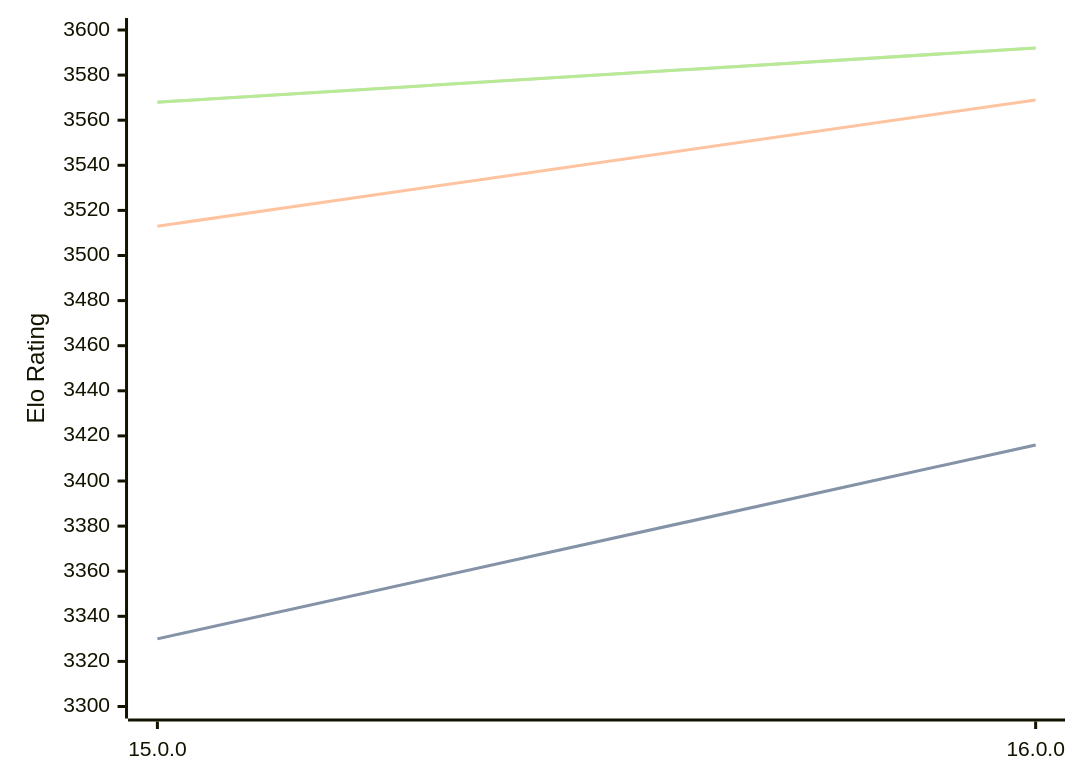
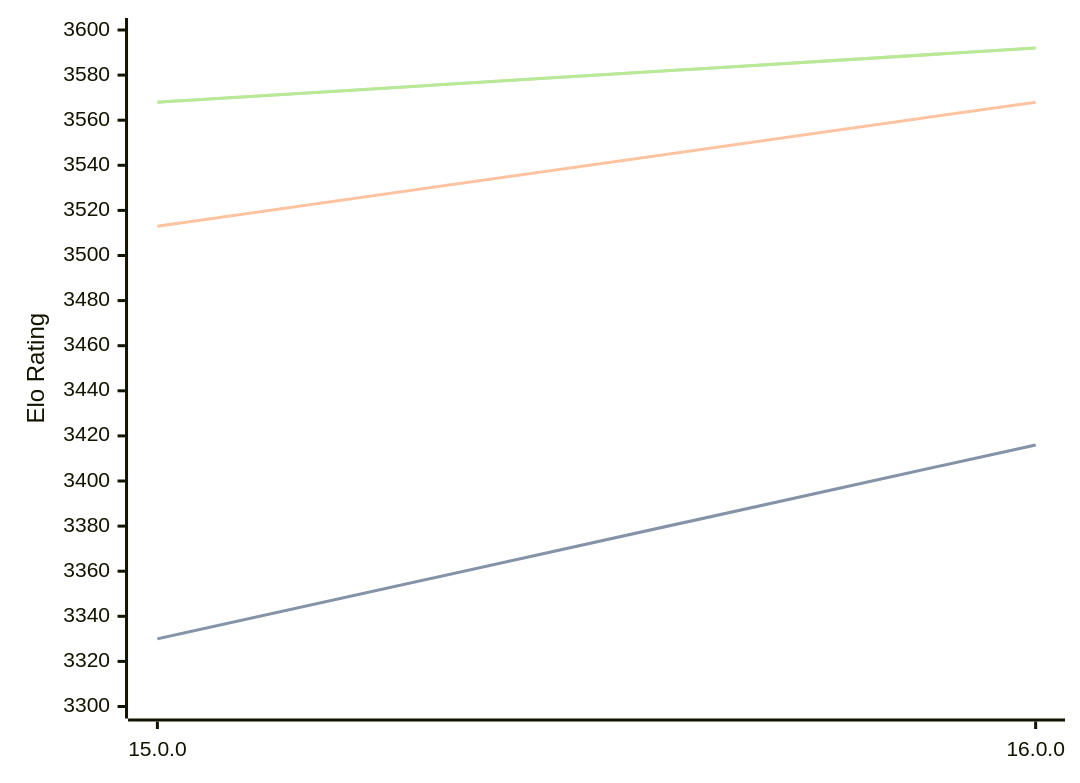
Before and after one commit to computer-chess-index/cci: the diagram in engines/Halogen.md, drawn with Mermaid. The commit also changed other lines of this file, not shown here.

````diff
--- a/engines/Halogen.md
+++ b/engines/Halogen.md
@@ -48,11 +48,11 @@
 ```mermaid
 %%{init: {"theme":"base","themeVariables":{"seriesColors:['#a3a3a3','#222221','#faa371']}}}%%
 xychart-beta
   x-axis ["15.0.0", "16.0.0"]
   y-axis "Elo Rating" 3300 --> 3600
   line "STC (8.0+0.08s)" [3330, 3416]
   line "STC (8.0+0.08s)" [3330, 3416]
-  line "LTC (60.0+0.60s)" [3513, 3569]
+  line "LTC (60.0+0.60s)" [3513, 3568]
   line "VLTC (2m24s+1.12s)" [3568, 3592]
   line "VLTC (2m24s+1.12s)" [3568, 3592]
 ```
````
